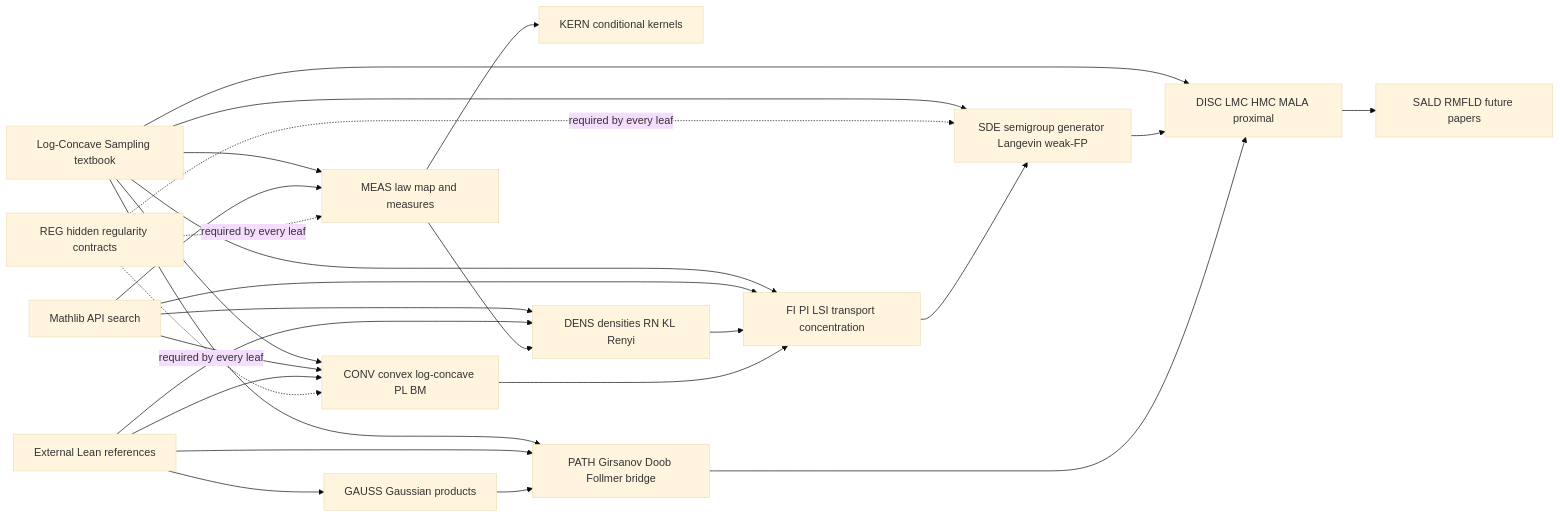
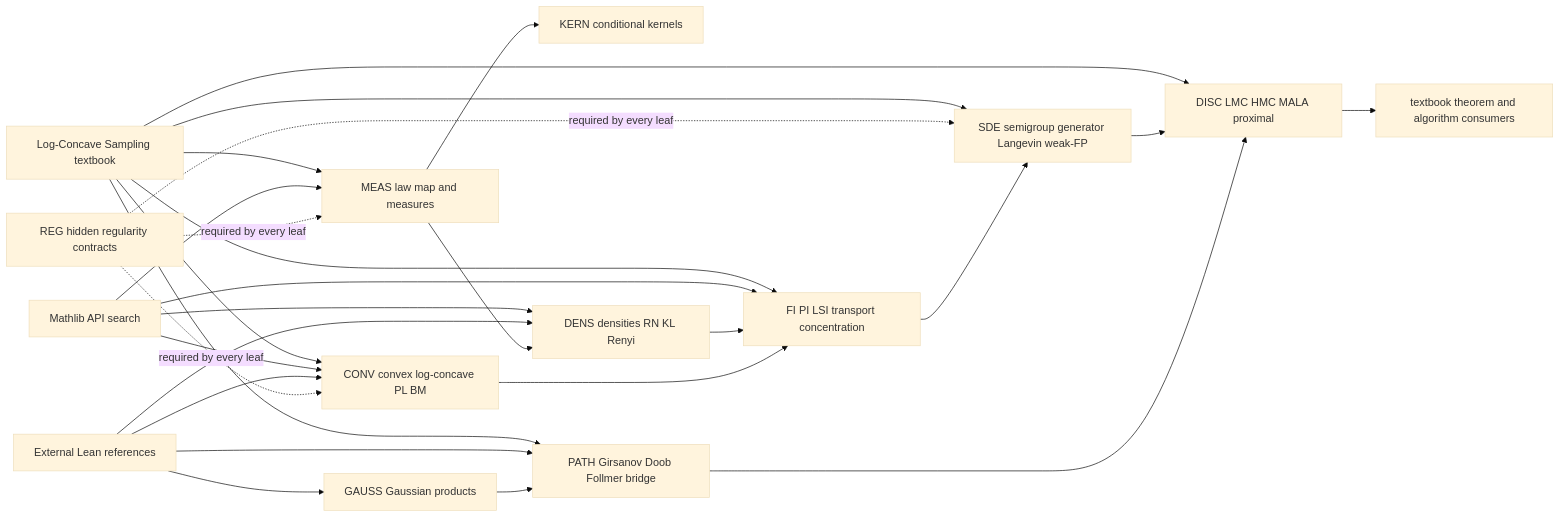
Before and after one commit to DakeBU/Auto-Sampling-Theory-In-Sleep: the first of 14 diagrams in research-wiki/lemma-dags/log_concave_sampling_foundation.md, drawn with Mermaid (base theme). The commit also changed other lines of this file and 149 other files, not shown here.

````diff
--- a/research-wiki/lemma-dags/log_concave_sampling_foundation.md
+++ b/research-wiki/lemma-dags/log_concave_sampling_foundation.md
@@ -16,44 +16,44 @@
 ```mermaid
 flowchart LR
   Source[Log-Concave Sampling textbook]
   Mathlib[Mathlib API search]
   ASTRef[External Lean references]
   REG[REG hidden regularity contracts]
   MEAS[MEAS law map and measures]
   KERN[KERN conditional kernels]
   DENS[DENS densities RN KL Renyi]
   GAUSS[GAUSS Gaussian products]
   CONV[CONV convex log-concave PL BM]
   FI[FI PI LSI transport concentration]
   SDE[SDE semigroup generator Langevin weak-FP]
   PATH[PATH Girsanov Doob Follmer bridge]
   DISC[DISC LMC HMC MALA proximal]
-  Consumers[SALD RMFLD future papers]
+  Consumers[textbook theorem and algorithm consumers]
 
   Source --> MEAS
   Source --> CONV
   Source --> FI
   Source --> SDE
   Source --> PATH
   Source --> DISC
   Mathlib --> MEAS
   Mathlib --> DENS
   Mathlib --> CONV
   Mathlib --> FI
   ASTRef --> CONV
   ASTRef --> GAUSS
   ASTRef --> DENS
   ASTRef --> PATH
   REG -. required by every leaf .-> MEAS
   REG -. required by every leaf .-> CONV
   REG -. required by every leaf .-> SDE
   MEAS --> KERN
   MEAS --> DENS
   DENS --> FI
   GAUSS --> PATH
   CONV --> FI
   FI --> SDE
   SDE --> DISC
   PATH --> DISC
   DISC --> Consumers
 ```
````
